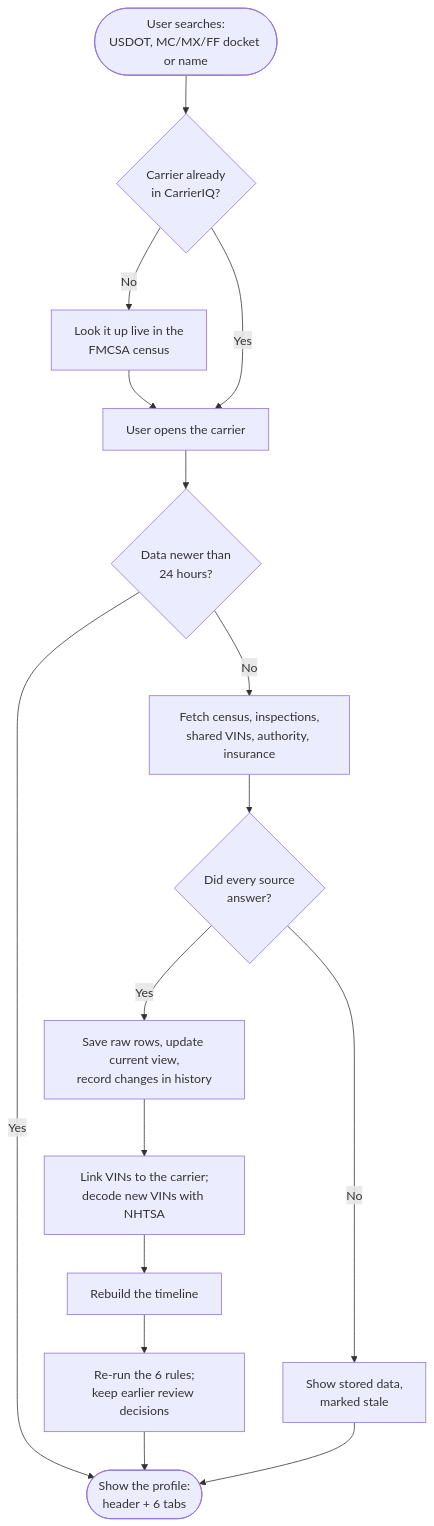
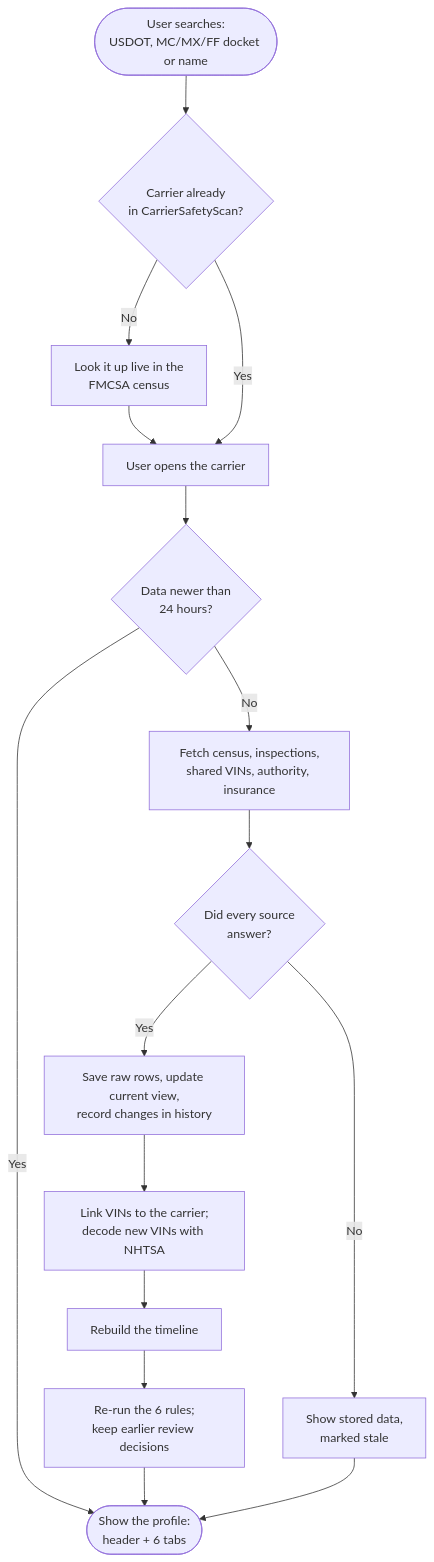
The second of 5 diagrams in docs/architecture.md (vaishnavSTS/CarrierIQ), drawn with Mermaid before and after one commit. The commit also changed other lines of this file and 73 other files, not shown here.

First line of the commit message:
Rename the product to CarrierSafetyScan

````diff
--- a/docs/architecture.md
+++ b/docs/architecture.md
@@ -80,18 +80,18 @@
 ```mermaid
 flowchart TD
-    START(["User searches:<br/>USDOT, MC/MX/FF docket or name"]) --> KNOWN{"Carrier already<br/>in CarrierIQ?"}
+    START(["User searches:<br/>USDOT, MC/MX/FF docket or name"]) --> KNOWN{"Carrier already<br/>in CarrierSafetyScan?"}
     KNOWN -- No --> LIVE["Look it up live in the<br/>FMCSA census"]
     LIVE --> OPEN
     KNOWN -- Yes --> OPEN["User opens the carrier"]
     OPEN --> FRESH{"Data newer than<br/>24 hours?"}
     FRESH -- Yes --> SHOW
     FRESH -- No --> FETCH["Fetch census, inspections,<br/>shared VINs, authority, insurance"]
     FETCH --> OK{"Did every source<br/>answer?"}
     OK -- No --> STALE["Show stored data,<br/>marked stale"]
     OK -- Yes --> SAVE["Save raw rows, update current view,<br/>record changes in history"]
     SAVE --> VINS["Link VINs to the carrier;<br/>decode new VINs with NHTSA"]
     VINS --> TL["Rebuild the timeline"]
     TL --> SIG["Re-run the 6 rules;<br/>keep earlier review decisions"]
     SIG --> SHOW(["Show the profile:<br/>header + 6 tabs"])
     STALE --> SHOW
 ```
````
